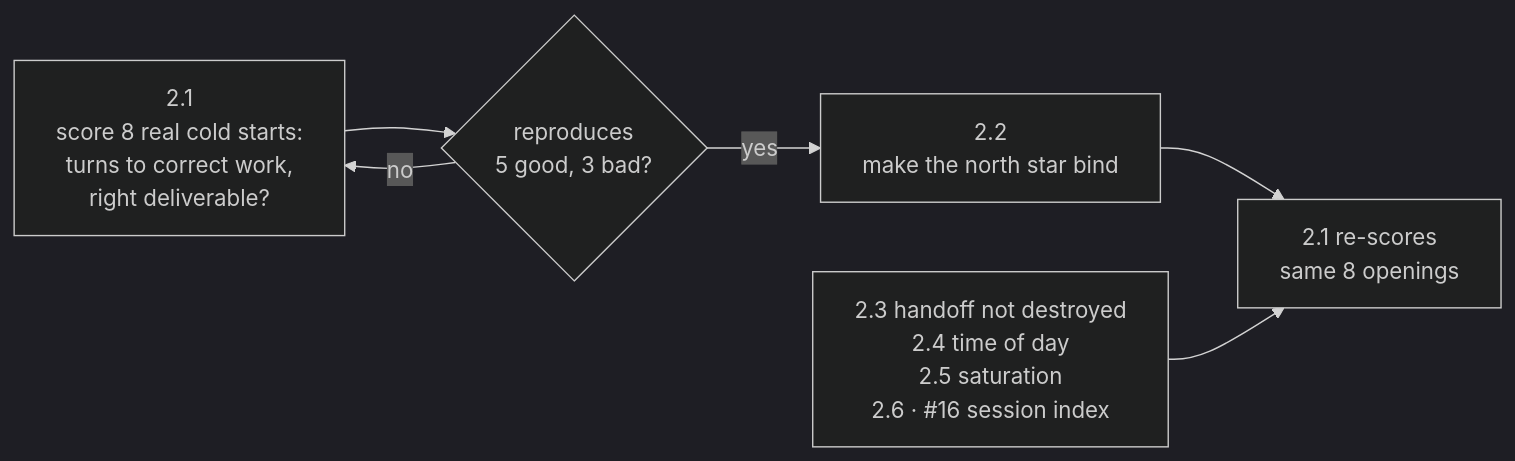
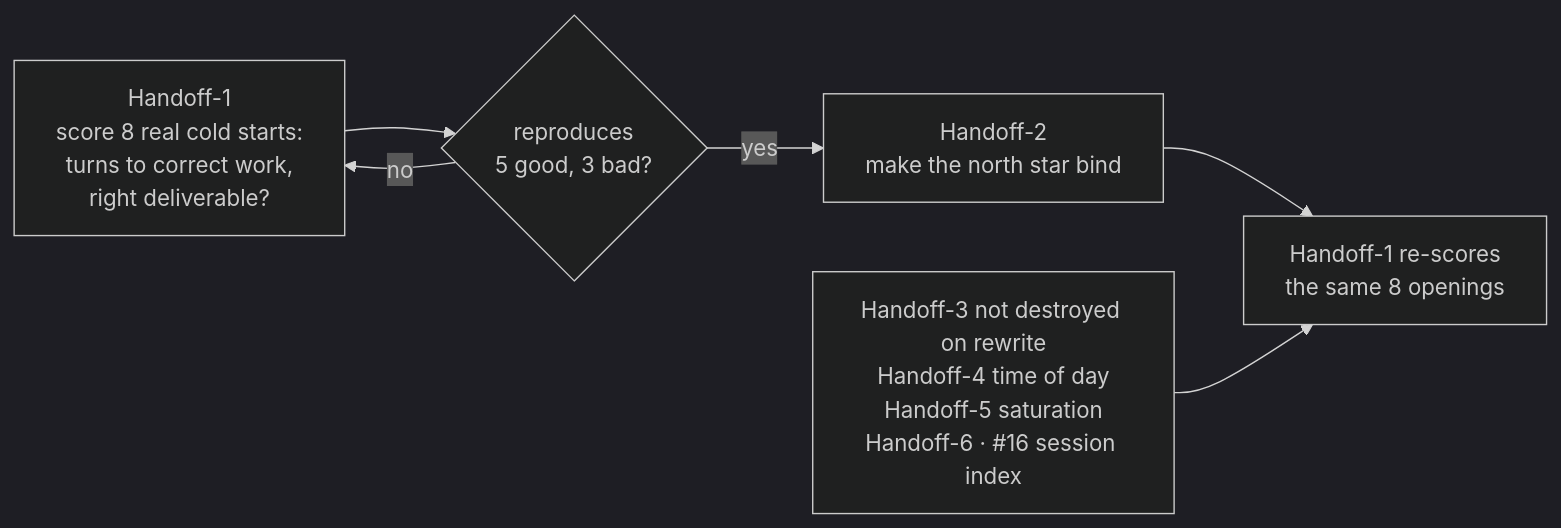
The fourth of 6 diagrams in docs/arc-work/04-dogfood/issue-plan.md (Calyx-Engineering/arc), drawn with Mermaid (dark theme) before and after one commit. The commit also changed other lines of this file and 2 other files, not shown here.

````diff
--- a/docs/arc-work/04-dogfood/issue-plan.md
+++ b/docs/arc-work/04-dogfood/issue-plan.md
@@ -186,8 +144,8 @@
 ```mermaid
 flowchart LR
-    M["2.1<br/>score 8 real cold starts:<br/>turns to correct work,<br/>right deliverable?"] --> CK{"reproduces<br/>5 good, 3 bad?"}
+    M["Handoff-1<br/>score 8 real cold starts:<br/>turns to correct work,<br/>right deliverable?"] --> CK{"reproduces<br/>5 good, 3 bad?"}
     CK -->|no| M
-    CK -->|yes| FIX["2.2<br/>make the north star bind"]
-    FIX --> RE["2.1 re-scores<br/>same 8 openings"]
-    IND["2.3 handoff not destroyed<br/>2.4 time of day<br/>2.5 saturation<br/>2.6 · #16 session index"] --> RE
+    CK -->|yes| FIX["Handoff-2<br/>make the north star bind"]
+    FIX --> RE["Handoff-1 re-scores<br/>the same 8 openings"]
+    IND["Handoff-3 not destroyed on rewrite<br/>Handoff-4 time of day<br/>Handoff-5 saturation<br/>Handoff-6 · #16 session index"] --> RE
 ```
````
